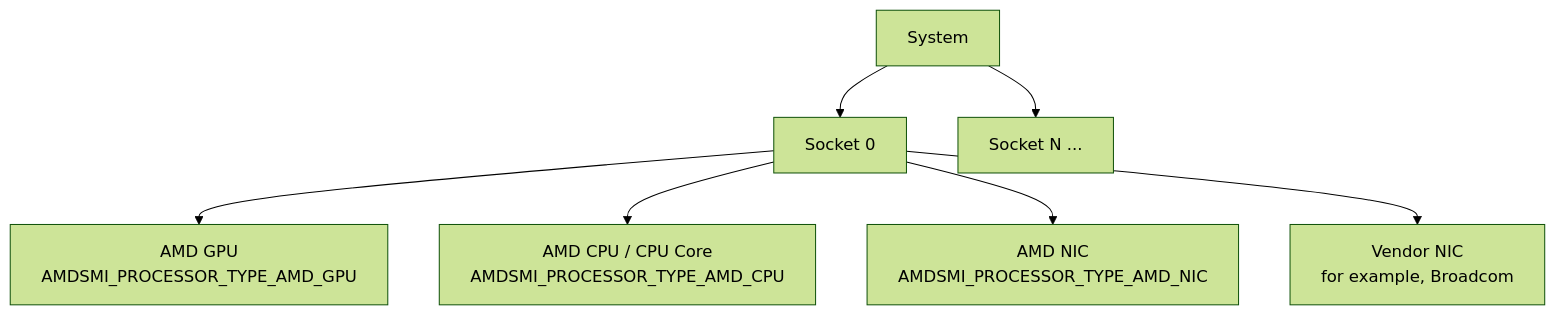
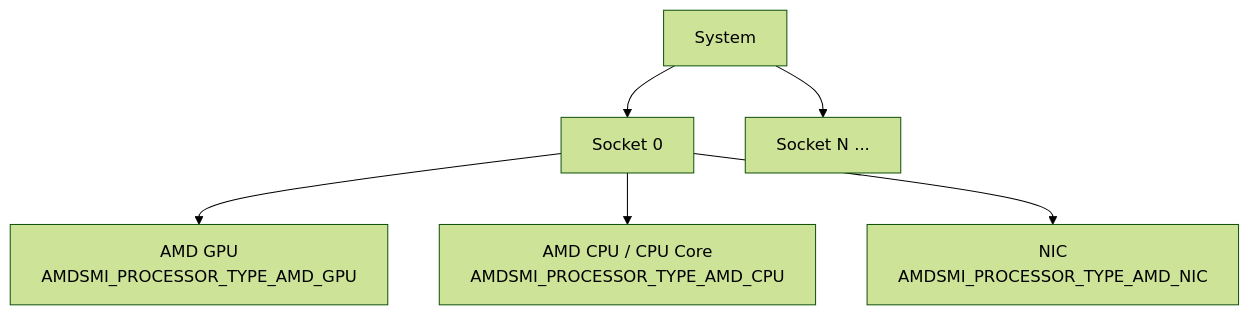
One commit to ROCm/rocm-systems changed the first of 2 diagrams in projects/amdsmi/docs/how-to/amdsmi-nic-integration.md. Above: the diagram before and after it, drawn with Mermaid (forest theme). The commit also changed other lines of this file and 97 other files, not shown here.

First line of the commit message:
refactor(nic/amdsmi)[ROCM-27257]: replace lspci NIC stack

````diff
--- a/projects/amdsmi/docs/how-to/amdsmi-nic-integration.md
+++ b/projects/amdsmi/docs/how-to/amdsmi-nic-integration.md
@@ -88,9 +90,8 @@
 ```mermaid
 flowchart TD
     System[System] --> Socket0[Socket 0]
     System --> SocketN[Socket N ...]
     Socket0 --> GPU[AMD GPU<br/>AMDSMI_PROCESSOR_TYPE_AMD_GPU]
     Socket0 --> CPU[AMD CPU / CPU Core<br/>AMDSMI_PROCESSOR_TYPE_AMD_CPU]
-    Socket0 --> NIC[AMD NIC<br/>AMDSMI_PROCESSOR_TYPE_AMD_NIC]
-    Socket0 --> VNIC[Vendor NIC<br/>for example, Broadcom]
+    Socket0 --> NIC[NIC<br/>AMDSMI_PROCESSOR_TYPE_AMD_NIC]
 ```
````
